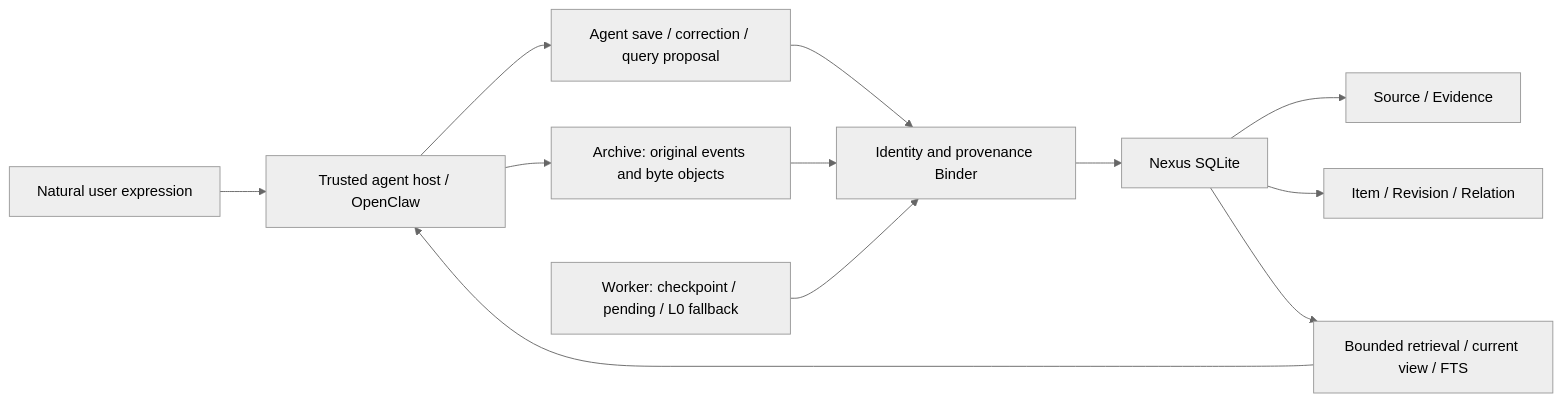
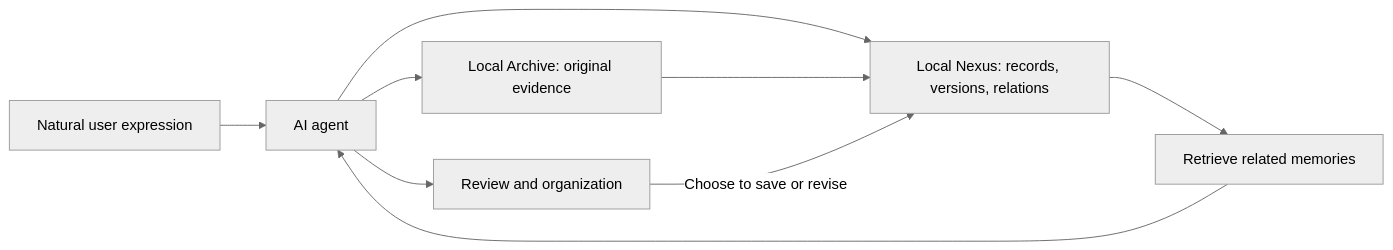
The diagram in README_EN.md (yyyx5/NEXUS), drawn with Mermaid (neutral theme) before and after one commit. The commit also changed other lines of this file and 1 other file, not shown here.

Commit message:
Rewrite bilingual READMEs around lifelong local memory and future ideas

````diff
--- a/README_EN.md
+++ b/README_EN.md
@@ -26,14 +115,11 @@
 ```mermaid
 flowchart LR
-    U[Natural user expression] --> H[Trusted agent host / OpenClaw]
-    H --> A[Archive: original events and byte objects]
-    H --> P[Agent save / correction / query proposal]
-    P --> B[Identity and provenance Binder]
-    A --> B
-    B --> N[Nexus SQLite]
-    N --> S[Source / Evidence]
-    N --> R[Item / Revision / Relation]
-    N --> Q[Bounded retrieval / current view / FTS]
-    Q --> H
-    W[Worker: checkpoint / pending / L0 fallback] --> B
+    U[Natural user expression] --> A[AI agent]
+    A --> R[Local Archive: original evidence]
+    A --> N[Local Nexus: records, versions, relations]
+    R --> N
+    N --> Q[Retrieve related memories]
+    Q --> A
+    A --> O[Review and organization]
+    O -->|Choose to save or revise| N
 ```
````
